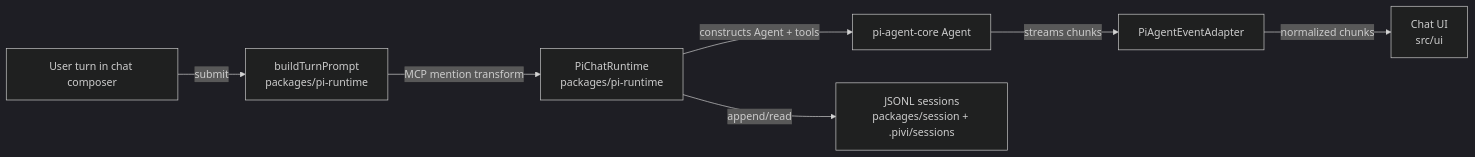
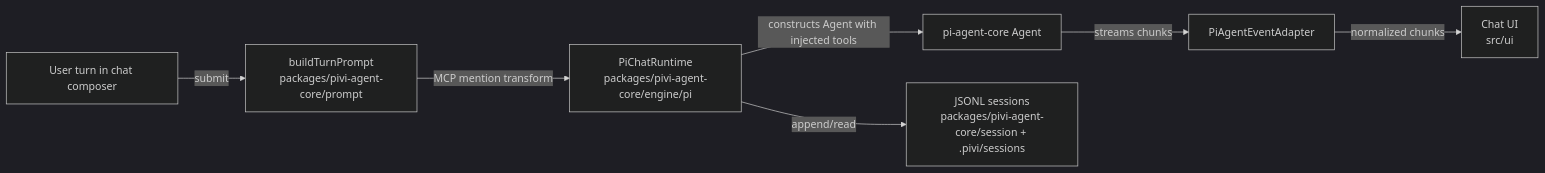
Before and after one commit to shuuul/obsidian-pivi: the second of 3 diagrams in AGENTS.md, drawn with Mermaid (dark theme). The commit also changed other lines of this file and 497 other files, not shown here.

First line of the commit message:
refactor(arch): absorb pi-runtime into pivi-agent-core, delete all absorbed packages

````diff
--- a/AGENTS.md
+++ b/AGENTS.md
@@ -147,9 +156,9 @@
 ```mermaid
 flowchart LR
-  User["User turn in chat composer"] -- "submit" --> Turn["buildTurnPrompt<br/>packages/pi-runtime"]
-  Turn -- "MCP mention transform" --> Runtime["PiChatRuntime<br/>packages/pi-runtime"]
-  Runtime -- "constructs Agent + tools" --> Agent["pi-agent-core Agent"]
+  User["User turn in chat composer"] -- "submit" --> Turn["buildTurnPrompt<br/>packages/pivi-agent-core/prompt"]
+  Turn -- "MCP mention transform" --> Runtime["PiChatRuntime<br/>packages/pivi-agent-core/engine/pi"]
+  Runtime -- "constructs Agent with injected tools" --> Agent["pi-agent-core Agent"]
   Agent -- "streams chunks" --> Adapter["PiAgentEventAdapter"]
   Adapter -- "normalized chunks" --> UI["Chat UI<br/>src/ui"]
-  Runtime -- "append/read" --> Session["JSONL sessions<br/>packages/session + .pivi/sessions"]
+  Runtime -- "append/read" --> Session["JSONL sessions<br/>packages/pivi-agent-core/session + .pivi/sessions"]
 ```
````
